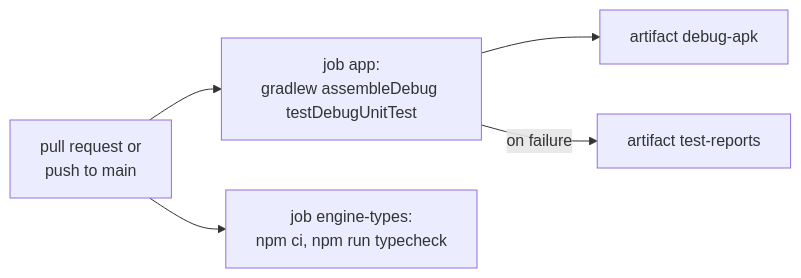
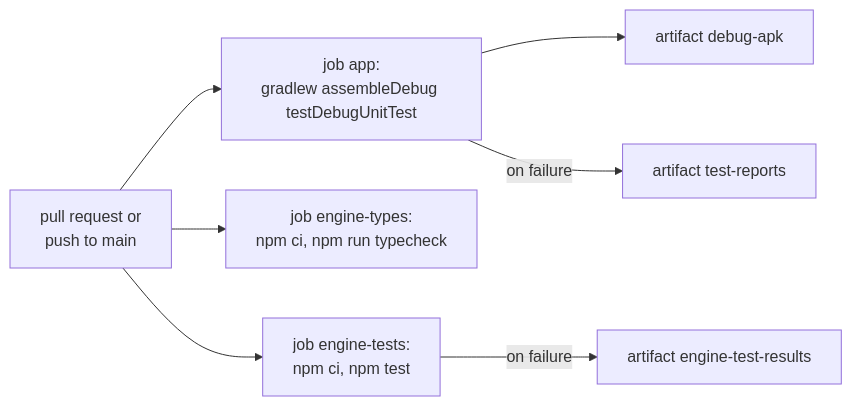
One commit to thomaswening/skip-the-fluff changed the third of 5 diagrams in docs/development.md. Above: the diagram before and after it, drawn with Mermaid. The commit also changed other lines of this file and 16 other files, not shown here.

````diff
--- a/docs/development.md
+++ b/docs/development.md
@@ -199,7 +199,9 @@
 ```mermaid
 flowchart LR
   pr["pull request or<br/>push to main"] --> app["job app:<br/>gradlew assembleDebug testDebugUnitTest"]
   pr --> types["job engine-types:<br/>npm ci, npm run typecheck"]
+  pr --> engineTests["job engine-tests:<br/>npm ci, npm test"]
+  engineTests -->|"on failure"| engineResults["artifact engine-test-results"]
   app --> apk["artifact debug-apk"]
   app -->|"on failure"| reports["artifact test-reports"]
 ```
````
